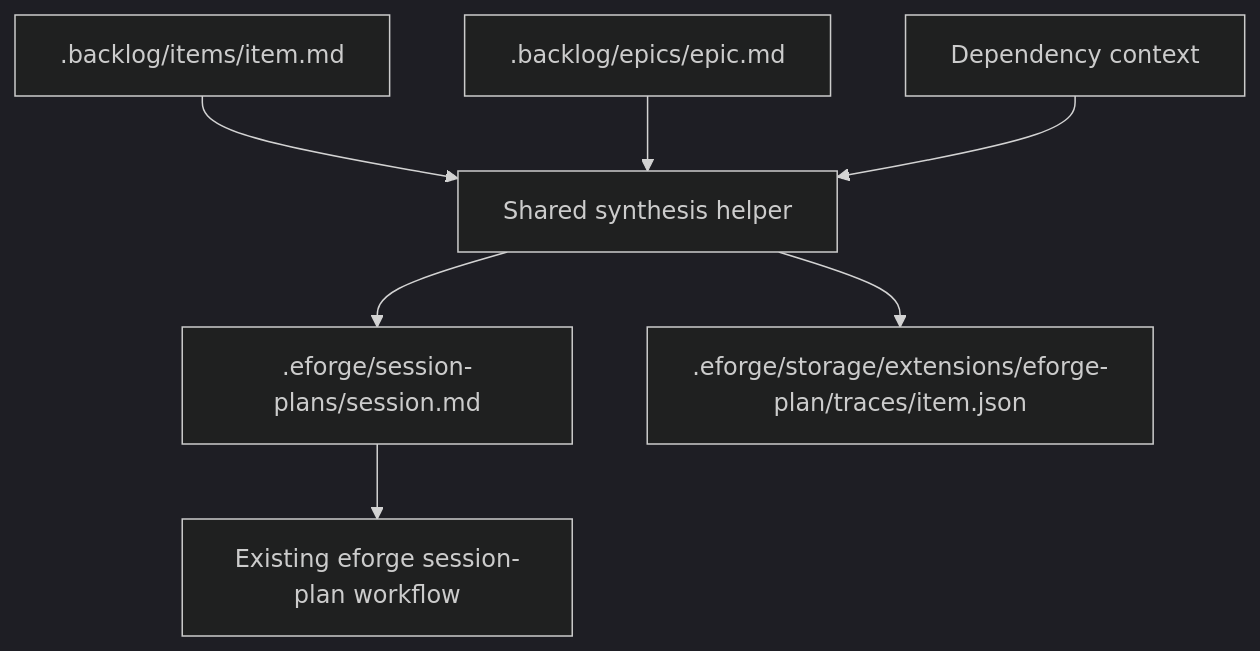
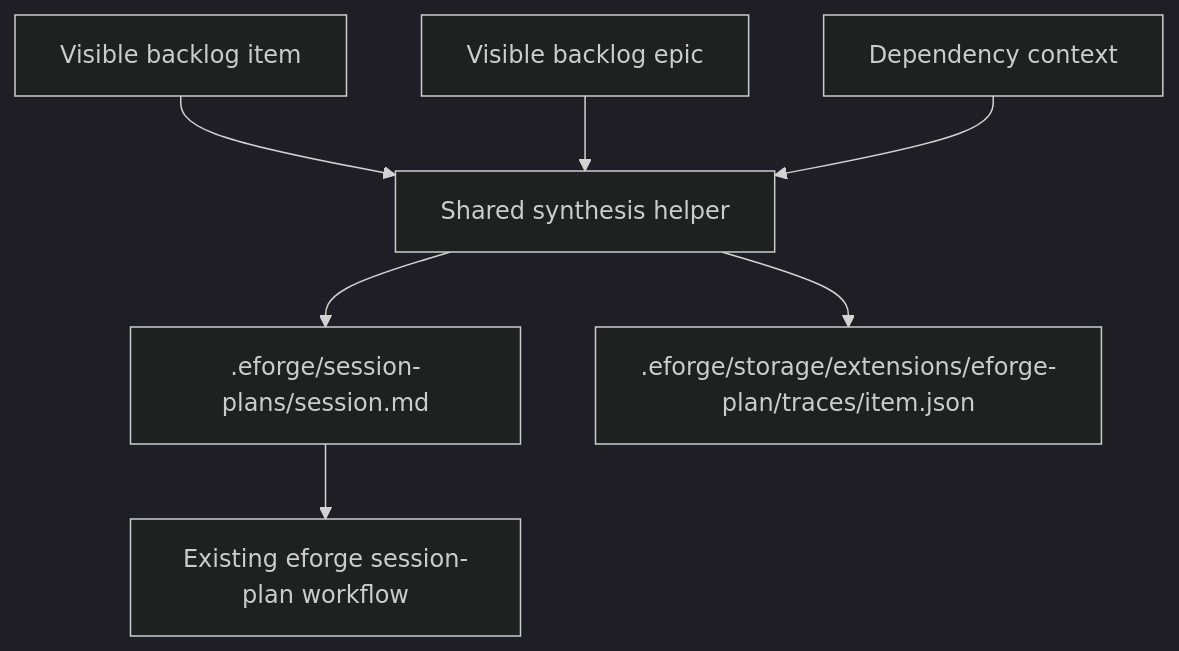
Before and after one commit to eforge-build/eforge: the diagram in eforge/extensions/eforge-plan/README.md, drawn with Mermaid (dark theme). The commit also changed other lines of this file and 5 other files, not shown here.

````diff
--- a/eforge/extensions/eforge-plan/README.md
+++ b/eforge/extensions/eforge-plan/README.md
@@ -148,9 +151,9 @@
 ```mermaid
 flowchart TD
-  Item[.backlog/items/item.md] --> Synthesize[Shared synthesis helper]
-  Epic[.backlog/epics/epic.md] --> Synthesize
+  Item[Visible backlog item] --> Synthesize[Shared synthesis helper]
+  Epic[Visible backlog epic] --> Synthesize
   Deps[Dependency context] --> Synthesize
   Synthesize --> Plan[.eforge/session-plans/session.md]
   Synthesize --> Trace[.eforge/storage/extensions/eforge-plan/traces/item.json]
   Plan --> Engine[Existing eforge session-plan workflow]
 ```
````
